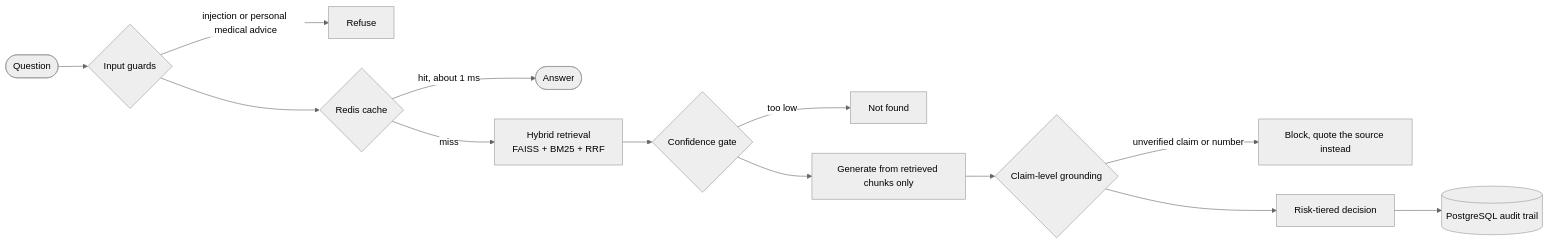
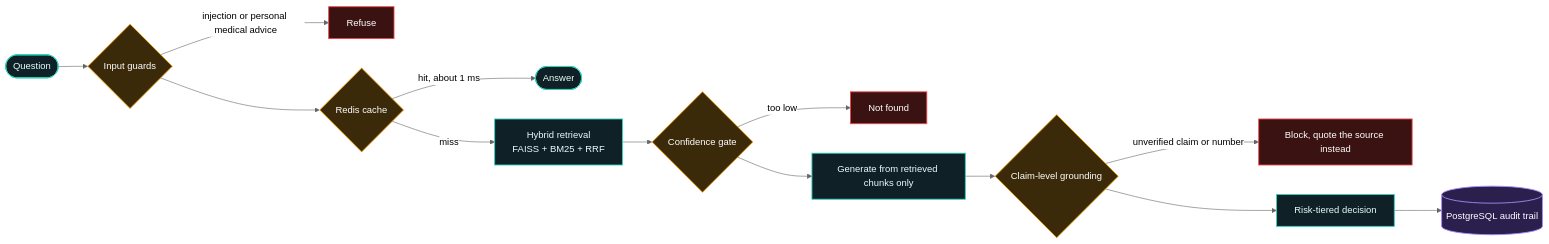
The third of 3 diagrams in README.md (adityapurohit-tech/adityapurohit-tech), drawn with Mermaid (neutral theme) before and after one commit. The commit also changed other lines of this file, not shown here.

````diff
--- a/README.md
+++ b/README.md
@@ -110,15 +159,23 @@
 ```mermaid
 flowchart LR
   Q([Question]) --> G{"Input guards"}
   G -->|"injection or personal medical advice"| R1["Refuse"]
   G --> C{"Redis cache"}
   C -->|"hit, about 1 ms"| A([Answer])
   C -->|"miss"| H["Hybrid retrieval<br/>FAISS + BM25 + RRF"]
   H --> T{"Confidence gate"}
   T -->|"too low"| N["Not found"]
   T --> L["Generate from retrieved chunks only"]
   L --> V{"Claim-level grounding"}
   V -->|"unverified claim or number"| B["Block, quote the source instead"]
   V --> D["Risk-tiered decision"]
   D --> P[("PostgreSQL audit trail")]
+  classDef core fill:#0f2027,stroke:#2dd4bf,color:#e6fffb,stroke-width:1.5px
+  classDef gate fill:#3b2a0a,stroke:#f59e0b,color:#ffffff,stroke-width:1.5px
+  classDef stop fill:#3a1212,stroke:#ef4444,color:#ffffff,stroke-width:1.5px
+  classDef audit fill:#2a1f4d,stroke:#a78bfa,color:#ffffff,stroke-width:1.5px
+  class Q,A,H,L,D core
+  class G,C,T,V gate
+  class R1,N,B stop
+  class P audit
 ```
````
